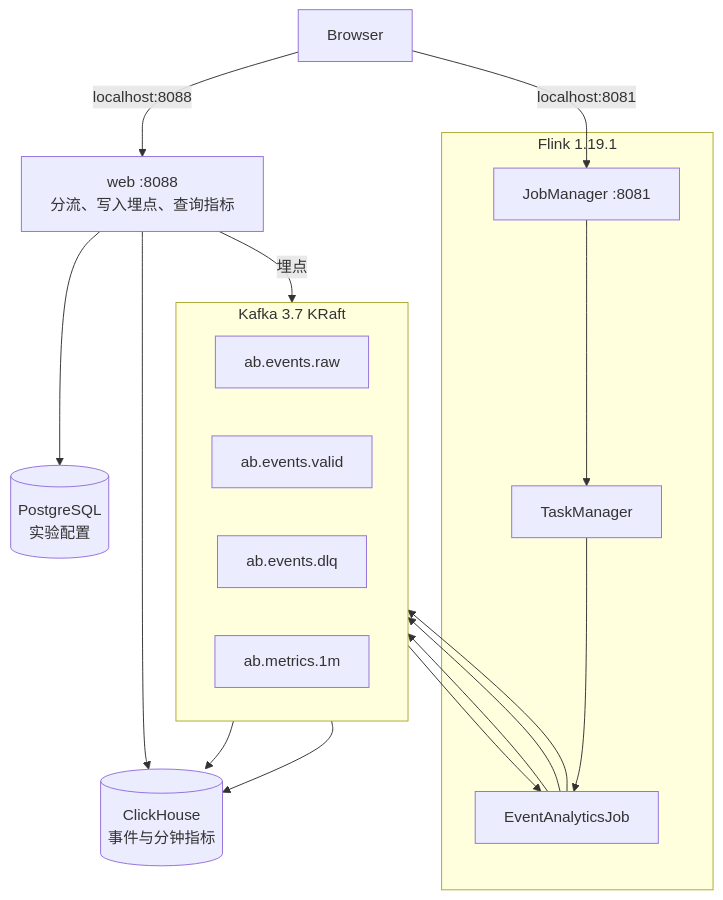
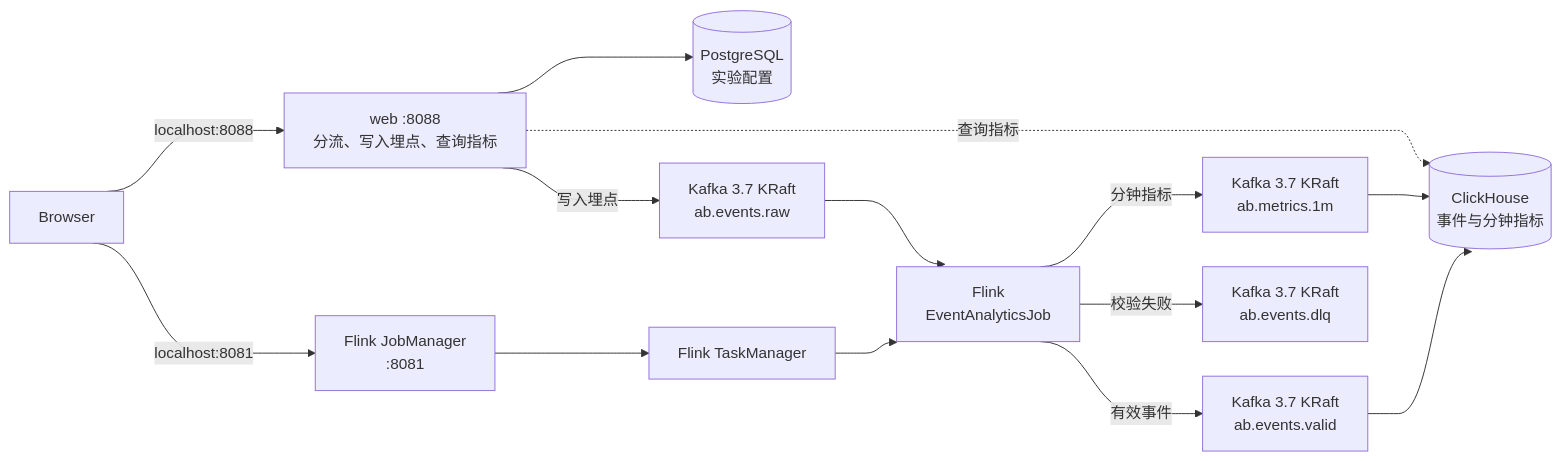
One commit to fanqingsong/flink-kafka-demo-abtest changed the diagram in README.md. Above: the diagram before and after it, drawn with Mermaid.

Commit message:
Redraw the architecture diagram as a left-to-right flow.

````diff
--- a/README.md
+++ b/README.md
@@ -18,36 +18,32 @@
 ```mermaid
-flowchart TB
+%%{init: {"flowchart": {"curve": "bumpX", "nodeSpacing": 36, "rankSpacing": 64}}}%%
+flowchart LR
   browser["Browser"]
   web["web :8088<br/>分流、写入埋点、查询指标"]
+  pg[("PostgreSQL<br/>实验配置")]
 
-  subgraph kafka["Kafka 3.7 KRaft"]
-    direction LR
-    raw["ab.events.raw"]
-    valid["ab.events.valid"]
-    dlq["ab.events.dlq"]
-    metrics["ab.metrics.1m"]
-  end
+  raw["Kafka 3.7 KRaft<br/>ab.events.raw"]
+  valid["Kafka 3.7 KRaft<br/>ab.events.valid"]
+  metrics["Kafka 3.7 KRaft<br/>ab.metrics.1m"]
+  dlq["Kafka 3.7 KRaft<br/>ab.events.dlq"]
 
-  subgraph flink["Flink 1.19.1"]
-    jm["JobManager :8081"]
-    tm["TaskManager"]
-    job["EventAnalyticsJob"]
-  end
+  jm["Flink JobManager<br/>:8081"]
+  tm["Flink TaskManager"]
+  job["Flink<br/>EventAnalyticsJob"]
 
-  pg[("PostgreSQL<br/>实验配置")]
   ch[("ClickHouse<br/>事件与分钟指标")]
 
   browser -->|"localhost:8088"| web
   browser -->|"localhost:8081"| jm
   web --> pg
-  web -->|"埋点"| raw
-  web --> ch
+  web -->|"写入埋点"| raw
+  jm --> tm
+  tm --> job
   raw --> job
-  job --> valid
-  job --> dlq
-  job --> metrics
+  job -->|"有效事件"| valid
+  job -->|"分钟指标"| metrics
+  job -->|"校验失败"| dlq
   valid --> ch
   metrics --> ch
-  jm --> tm
-  tm --> job
+  web -.->|"查询指标"| ch
 ```
````
